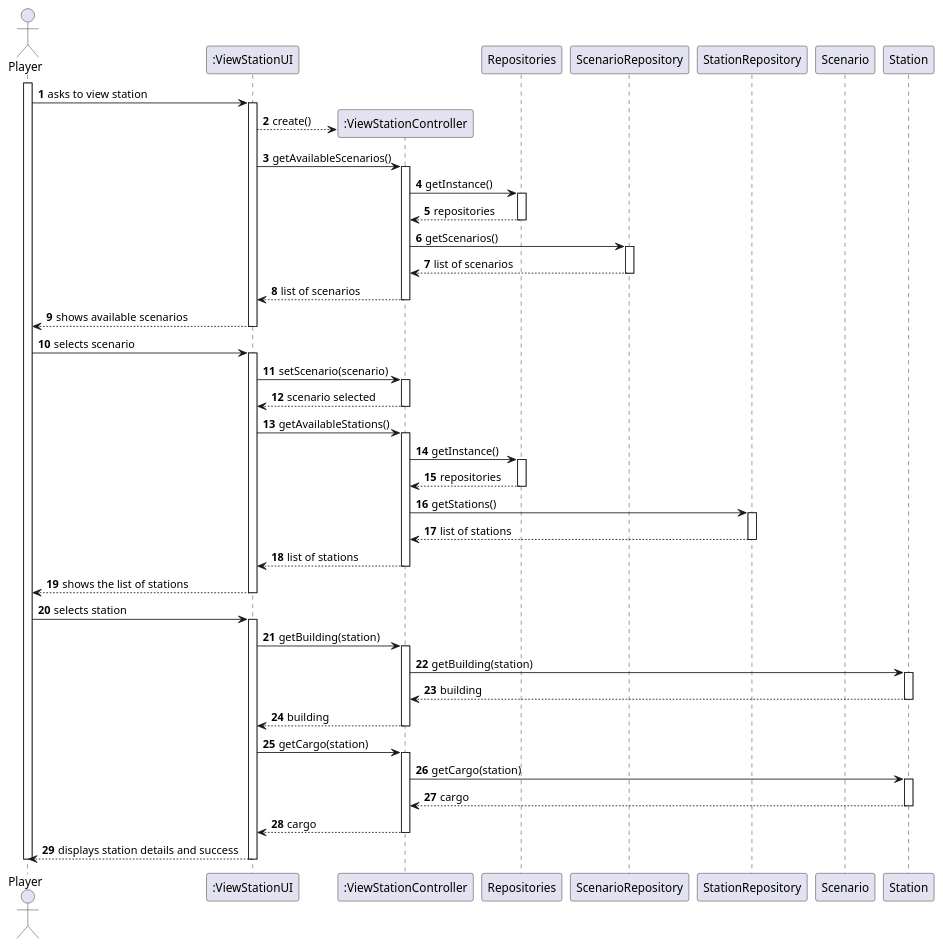
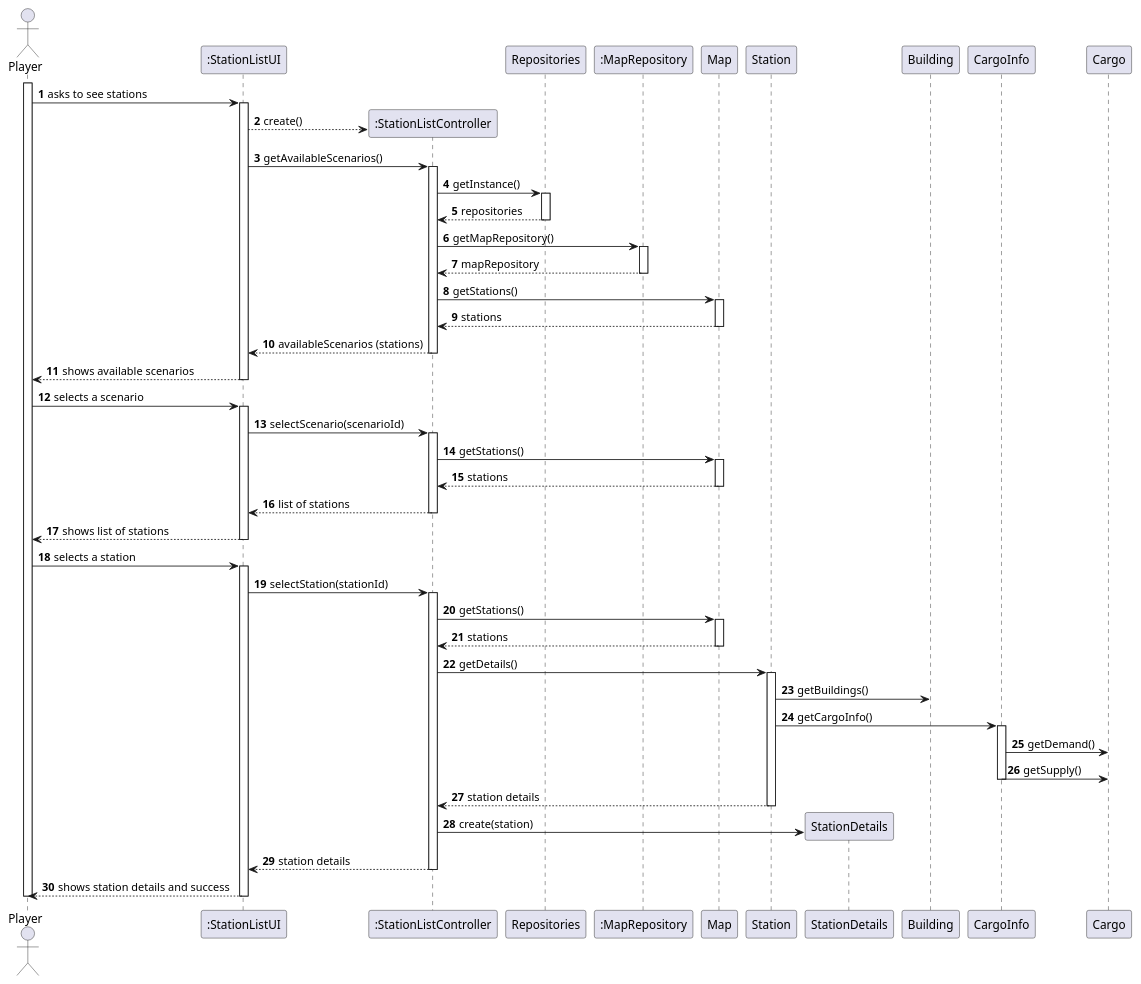
The diagram in Sprint2/US007/03.design/puml/US007-SD-full.puml (1240935/pi2-railway-simulator), drawn with PlantUML before and after one commit.

Commit message:
US007-SD-full.puml finished

```diff
--- a/Sprint2/US007/03.design/puml/US007-SD-full.puml
+++ b/Sprint2/US007/03.design/puml/US007-SD-full.puml
@@ -1,98 +1,84 @@
 @startuml
 'skinparam monochrome true
 skinparam packageStyle rectangle
 skinparam shadowing false
 
 autonumber
 
-'hide footbox
-
 actor "Player" as PLAYER
-participant ":ViewStationUI" as UI
-participant ":ViewStationController" as CTRL
+participant ":StationListUI" as UI
+participant ":StationListController" as CTRL
 participant "Repositories" as REPOS
-participant "ScenarioRepository" as SCENARIO_REPO
-participant "StationRepository" as STREPOS
-participant "Scenario" as SCENARIO
+participant ":MapRepository" as MAP_REPOS
+participant "Map" as MAP
 participant "Station" as STATION
+participant "StationDetails" as DETAILS
+participant "Building" as BUILDING
+participant "CargoInfo" as CARGOINFO
+participant "Cargo" as CARGO
 
 activate PLAYER
 
-    PLAYER -> UI : asks to view station
+    PLAYER -> UI : asks to see stations
     activate UI
         UI --> CTRL** : create()
-
         UI -> CTRL : getAvailableScenarios()
-        activate CTRL
+            activate CTRL
             CTRL -> REPOS : getInstance()
-            activate REPOS
+                activate REPOS
                 REPOS --> CTRL : repositories
-            deactivate REPOS
-
-            CTRL -> SCENARIO_REPO : getScenarios()
-            activate SCENARIO_REPO
-                SCENARIO_REPO --> CTRL : list of scenarios
-            deactivate SCENARIO_REPO
-
-            CTRL --> UI : list of scenarios
-        deactivate CTRL
+                deactivate REPOS
+            CTRL -> MAP_REPOS : getMapRepository()
+                activate MAP_REPOS
+                MAP_REPOS --> CTRL : mapRepository
+                deactivate MAP_REPOS
+            CTRL -> MAP : getStations()
+                activate MAP
+                MAP --> CTRL : stations
+                deactivate MAP
+            CTRL --> UI : availableScenarios (stations)
+            deactivate CTRL
 
         UI --> PLAYER : shows available scenarios
     deactivate UI
 
-PLAYER -> UI : selects scenario
-activate UI
-    UI -> CTRL :setScenario(scenario)
+    PLAYER -> UI : selects a scenario
+    activate UI
+        UI -> CTRL : selectScenario(scenarioId)
+        activate CTRL
+        CTRL -> MAP : getStations()
+            activate MAP
+            MAP --> CTRL : stations
+            deactivate MAP
+        CTRL --> UI : list of stations
+        deactivate CTRL
+        UI --> PLAYER : shows list of stations
+    deactivate UI
 
+    PLAYER -> UI : selects a station
+    activate UI
+        UI -> CTRL : selectStation(stationId)
         activate CTRL
-
-        CTRL --> UI : scenario selected
-
+        CTRL -> MAP : getStations()
+        activate MAP
+        MAP --> CTRL : stations
+        deactivate MAP
+        CTRL -> STATION : getDetails()
+        activate STATION
+        STATION -> BUILDING : getBuildings()
+        STATION -> CARGOINFO : getCargoInfo()
+        activate CARGOINFO
+        CARGOINFO -> CARGO : getDemand()
+        CARGOINFO -> CARGO : getSupply()
+        deactivate CARGOINFO
+        STATION --> CTRL : station details
+        deactivate STATION
+        CTRL -> DETAILS** : create(station)
+        CTRL --> UI : station details
         deactivate CTRL
 
-
-            UI -> CTRL : getAvailableStations()
-            activate CTRL
-
-            CTRL -> REPOS : getInstance()
-            activate REPOS
-
-            REPOS --> CTRL: repositories
-
-            deactivate REPOS
-
-            CTRL -> STREPOS : getStations()
-            activate STREPOS
-
-            STREPOS --> CTRL : list of stations
-
-            deactivate STREPOS
-            CTRL --> UI : list of stations
-            deactivate CTRL
-
-            UI --> PLAYER : shows the list of stations
-            deactivate UI
-
-PLAYER -> UI : selects station
-activate UI
-    UI -> CTRL : getBuilding(station)
-    activate CTRL
-        CTRL -> STATION : getBuilding(station)
-        activate STATION
-            STATION --> CTRL : building
-        deactivate STATION
-        CTRL --> UI : building
-    deactivate CTRL
-    UI -> CTRL : getCargo(station)
-        activate CTRL
-            CTRL -> STATION : getCargo(station)
-            activate STATION
-                STATION --> CTRL : cargo
-            deactivate STATION
-            CTRL --> UI : cargo
-        deactivate CTRL
-    UI --> PLAYER : displays station details and success
-deactivate UI
+        UI --> PLAYER : shows station details and success
+    deactivate UI
 
 deactivate PLAYER
 @enduml
```
